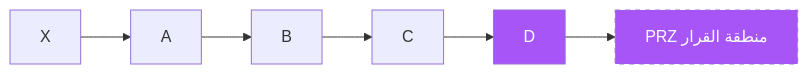
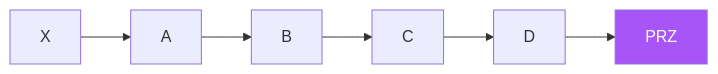
The diagram in docs/academy/visual/07-harmonic.md (saudmoto6868-oss/ai-trading-dashboard), drawn with Mermaid before and after one commit. The commit also changed other lines of this file and 11 other files, not shown here.

````diff
--- a/docs/academy/visual/07-harmonic.md
+++ b/docs/academy/visual/07-harmonic.md
@@ -11,7 +11,6 @@
 ```mermaid
 flowchart LR
   X --> A --> B --> C --> D
-  D --> PRZ["PRZ منطقة القرار"]
-  style D fill:#a855f7,color:#fff
-  style PRZ fill:#a855f7,color:#fff,stroke-dasharray: 5 5
+  D --> PRZ["PRZ"]
+  style PRZ fill:#a855f7,color:#fff
 ```
````
